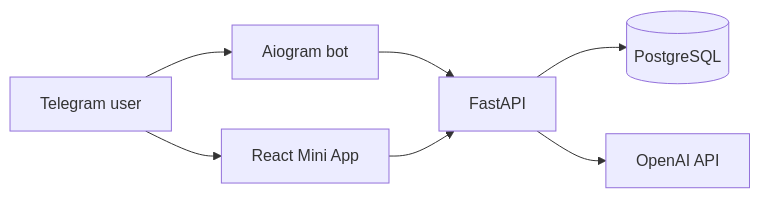
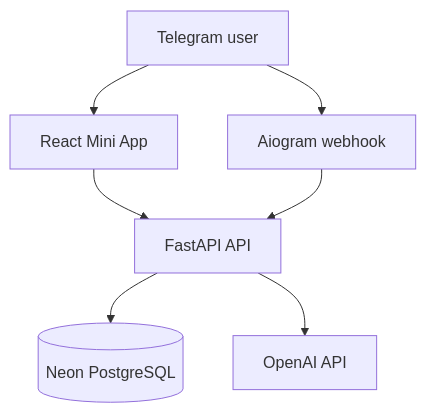
One commit to eldeville1-hue/deutschiq-ai-learning-platform changed the diagram in README.md. Above: the diagram before and after it, drawn with Mermaid. The commit also changed other lines of this file, not shown here.

````diff
--- a/README.md
+++ b/README.md
@@ -114,9 +66,9 @@
 ```mermaid
-flowchart LR
-    U[Telegram user] --> B[Aiogram bot]
-    U --> M[React Mini App]
-    B --> A[FastAPI]
-    M --> A
-    A --> P[(PostgreSQL)]
+flowchart TD
+    T[Telegram user] --> W[React Mini App]
+    T --> B[Aiogram webhook]
+    W --> A[FastAPI API]
+    B --> A
+    A --> D[(Neon PostgreSQL)]
     A --> O[OpenAI API]
 ```
````
